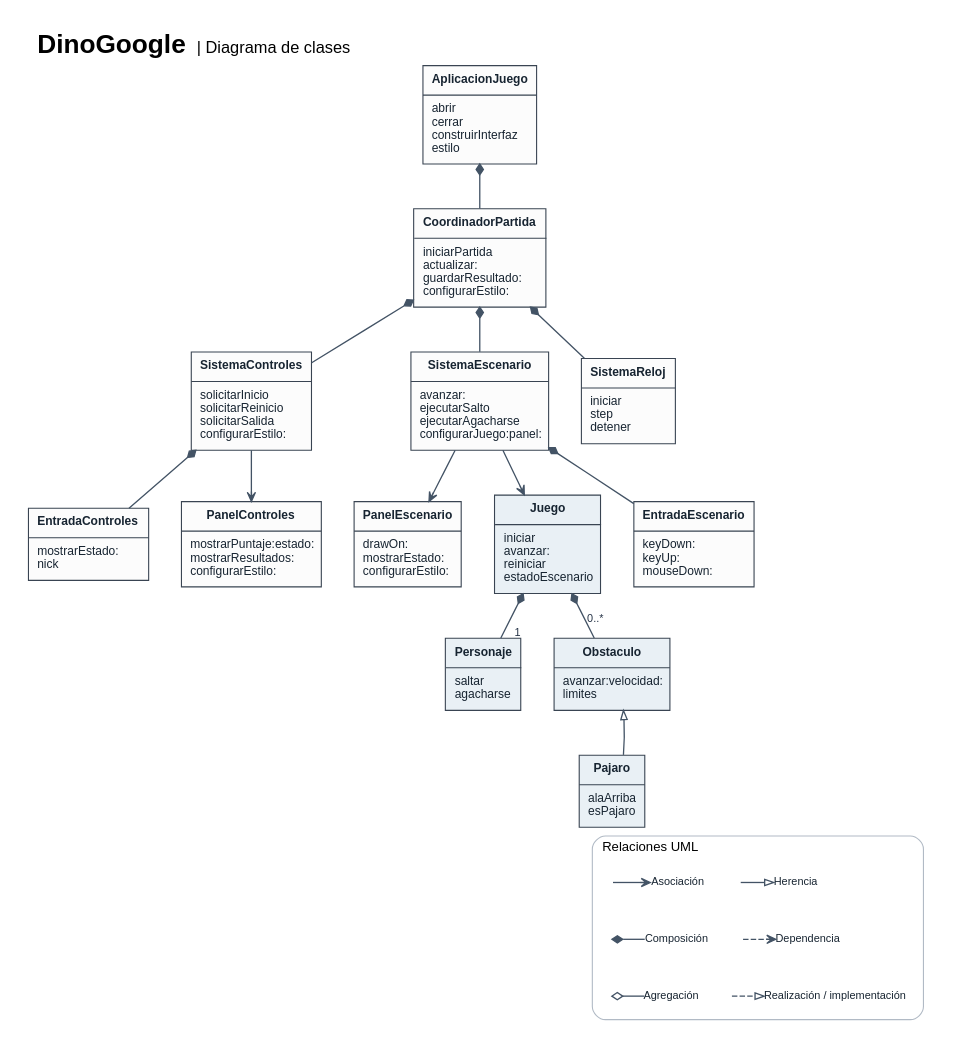
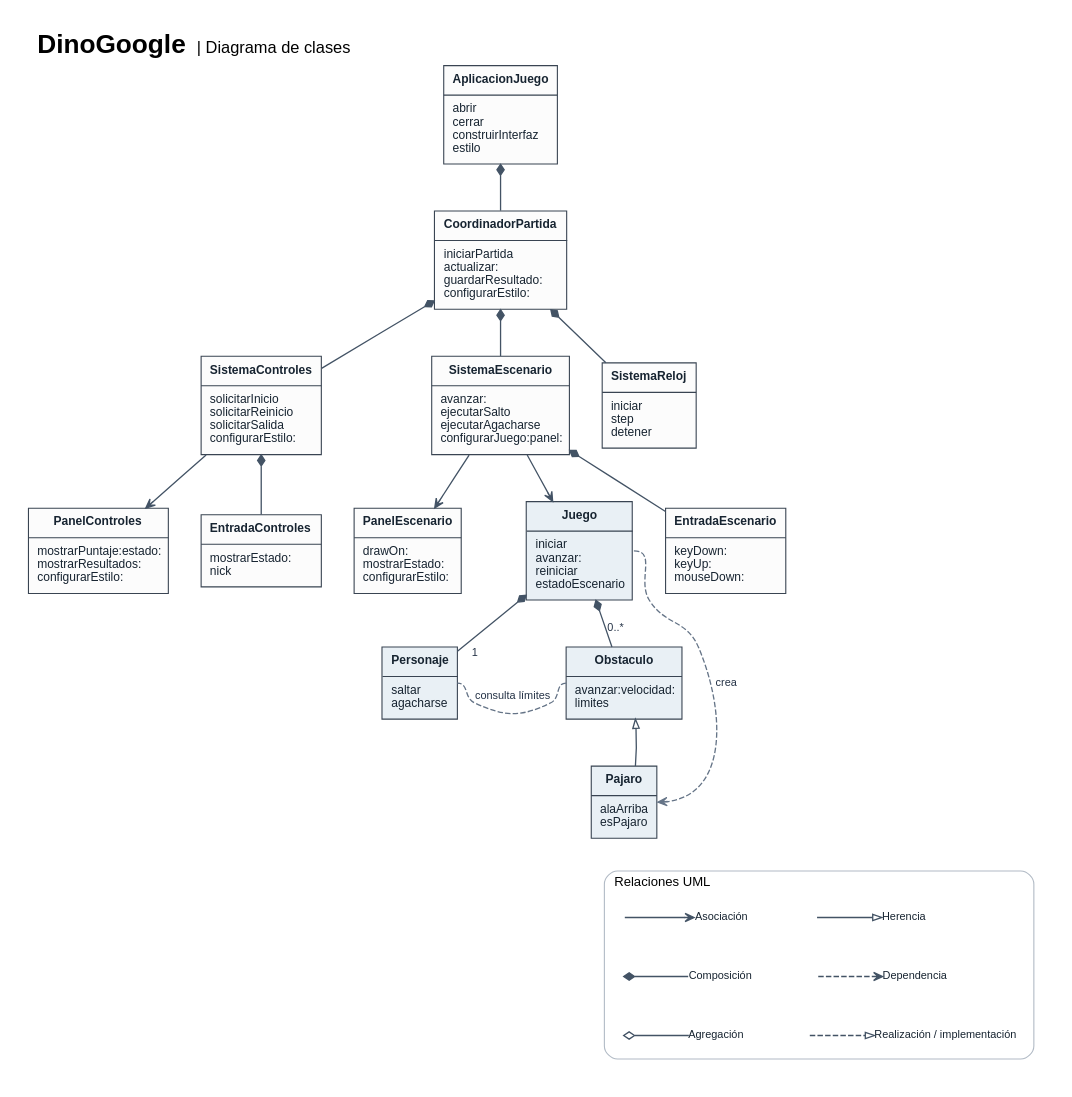
Before and after one commit to CnioritoD/DinoGoogle: the diagram in docs/diagrama-de-clases.dot, drawn with Graphviz. The commit also changed 1 other file, not shown here.

Commit message:
Completar las dependencias del modelo en el diagrama UML

```diff
--- a/docs/diagrama-de-clases.dot
+++ b/docs/diagrama-de-clases.dot
@@ -1,126 +1,127 @@
 digraph DinoGoogle {
   graph [rankdir=TB, bgcolor="#ffffff", pad=0.26, nodesep=0.42, ranksep=0.57,
     fontname="Arial", fontsize=24, labelloc=t, labeljust=l,
     label=<<B>DinoGoogle</B> <FONT POINT-SIZE="15">| Diagrama de clases</FONT>>];
   node [shape=plain, fontname="Arial", fontsize=11,
     color="#394452", fontcolor="#172431", penwidth=1.15, margin="0.16,0.09"];
   edge [fontname="Arial", fontsize=10, color="#435365", fontcolor="#243246",
     penwidth=1.2, arrowsize=0.83];
 
   AplicacionJuego [label=<<TABLE BORDER="1" COLOR="#394452" CELLBORDER="0" CELLSPACING="0" CELLPADDING="7" BGCOLOR="#fcfcfc">
     <TR><TD><B>AplicacionJuego</B></TD></TR>
     <HR/><TR><TD ALIGN="LEFT" BALIGN="LEFT">abrir<BR ALIGN="LEFT"/>cerrar<BR ALIGN="LEFT"/>construirInterfaz<BR ALIGN="LEFT"/>estilo</TD></TR>
   </TABLE>>];
   CoordinadorPartida [label=<<TABLE BORDER="1" COLOR="#394452" CELLBORDER="0" CELLSPACING="0" CELLPADDING="7" BGCOLOR="#fcfcfc">
     <TR><TD><B>CoordinadorPartida</B></TD></TR>
     <HR/><TR><TD ALIGN="LEFT" BALIGN="LEFT">iniciarPartida<BR ALIGN="LEFT"/>actualizar:<BR ALIGN="LEFT"/>guardarResultado:<BR ALIGN="LEFT"/>configurarEstilo:</TD></TR>
   </TABLE>>];
   SistemaControles [label=<<TABLE BORDER="1" COLOR="#394452" CELLBORDER="0" CELLSPACING="0" CELLPADDING="7" BGCOLOR="#fcfcfc">
     <TR><TD><B>SistemaControles</B></TD></TR>
     <HR/><TR><TD ALIGN="LEFT" BALIGN="LEFT">solicitarInicio<BR ALIGN="LEFT"/>solicitarReinicio<BR ALIGN="LEFT"/>solicitarSalida<BR ALIGN="LEFT"/>configurarEstilo:</TD></TR>
   </TABLE>>];
   SistemaEscenario [label=<<TABLE BORDER="1" COLOR="#394452" CELLBORDER="0" CELLSPACING="0" CELLPADDING="7" BGCOLOR="#fcfcfc">
     <TR><TD><B>SistemaEscenario</B></TD></TR>
     <HR/><TR><TD ALIGN="LEFT" BALIGN="LEFT">avanzar:<BR ALIGN="LEFT"/>ejecutarSalto<BR ALIGN="LEFT"/>ejecutarAgacharse<BR ALIGN="LEFT"/>configurarJuego:panel:</TD></TR>
   </TABLE>>];
   SistemaReloj [label=<<TABLE BORDER="1" COLOR="#394452" CELLBORDER="0" CELLSPACING="0" CELLPADDING="7" BGCOLOR="#fcfcfc">
     <TR><TD><B>SistemaReloj</B></TD></TR>
     <HR/><TR><TD ALIGN="LEFT" BALIGN="LEFT">iniciar<BR ALIGN="LEFT"/>step<BR ALIGN="LEFT"/>detener</TD></TR>
   </TABLE>>];
   EntradaControles [label=<<TABLE BORDER="1" COLOR="#394452" CELLBORDER="0" CELLSPACING="0" CELLPADDING="7" BGCOLOR="#fcfcfc">
     <TR><TD><B>EntradaControles</B></TD></TR>
     <HR/><TR><TD ALIGN="LEFT" BALIGN="LEFT">mostrarEstado:<BR ALIGN="LEFT"/>nick</TD></TR>
   </TABLE>>];
   EntradaEscenario [label=<<TABLE BORDER="1" COLOR="#394452" CELLBORDER="0" CELLSPACING="0" CELLPADDING="7" BGCOLOR="#fcfcfc">
     <TR><TD><B>EntradaEscenario</B></TD></TR>
     <HR/><TR><TD ALIGN="LEFT" BALIGN="LEFT">keyDown:<BR ALIGN="LEFT"/>keyUp:<BR ALIGN="LEFT"/>mouseDown:</TD></TR>
   </TABLE>>];
   PanelControles [label=<<TABLE BORDER="1" COLOR="#394452" CELLBORDER="0" CELLSPACING="0" CELLPADDING="7" BGCOLOR="#fcfcfc">
     <TR><TD><B>PanelControles</B></TD></TR>
     <HR/><TR><TD ALIGN="LEFT" BALIGN="LEFT">mostrarPuntaje:estado:<BR ALIGN="LEFT"/>mostrarResultados:<BR ALIGN="LEFT"/>configurarEstilo:</TD></TR>
   </TABLE>>];
   PanelEscenario [label=<<TABLE BORDER="1" COLOR="#394452" CELLBORDER="0" CELLSPACING="0" CELLPADDING="7" BGCOLOR="#fcfcfc">
     <TR><TD><B>PanelEscenario</B></TD></TR>
     <HR/><TR><TD ALIGN="LEFT" BALIGN="LEFT">drawOn:<BR ALIGN="LEFT"/>mostrarEstado:<BR ALIGN="LEFT"/>configurarEstilo:</TD></TR>
   </TABLE>>];
   Juego [label=<<TABLE BORDER="1" COLOR="#394452" CELLBORDER="0" CELLSPACING="0" CELLPADDING="7" BGCOLOR="#e9f0f5">
     <TR><TD><B>Juego</B></TD></TR>
     <HR/><TR><TD ALIGN="LEFT" BALIGN="LEFT">iniciar<BR ALIGN="LEFT"/>avanzar:<BR ALIGN="LEFT"/>reiniciar<BR ALIGN="LEFT"/>estadoEscenario</TD></TR>
   </TABLE>>];
   Personaje [label=<<TABLE BORDER="1" COLOR="#394452" CELLBORDER="0" CELLSPACING="0" CELLPADDING="7" BGCOLOR="#e9f0f5">
     <TR><TD><B>Personaje</B></TD></TR>
     <HR/><TR><TD ALIGN="LEFT" BALIGN="LEFT">saltar<BR ALIGN="LEFT"/>agacharse</TD></TR>
   </TABLE>>];
   Obstaculo [label=<<TABLE BORDER="1" COLOR="#394452" CELLBORDER="0" CELLSPACING="0" CELLPADDING="7" BGCOLOR="#e9f0f5">
     <TR><TD><B>Obstaculo</B></TD></TR>
     <HR/><TR><TD ALIGN="LEFT" BALIGN="LEFT">avanzar:velocidad:<BR ALIGN="LEFT"/>limites</TD></TR>
   </TABLE>>];
   Pajaro [label=<<TABLE BORDER="1" COLOR="#394452" CELLBORDER="0" CELLSPACING="0" CELLPADDING="7" BGCOLOR="#e9f0f5">
     <TR><TD><B>Pajaro</B></TD></TR>
     <HR/><TR><TD ALIGN="LEFT" BALIGN="LEFT">alaArriba<BR ALIGN="LEFT"/>esPajaro</TD></TR>
   </TABLE>>];
 
   // El rombo relleno va del lado del objeto que contiene al componente.
   edge [dir=back, arrowtail=diamond, arrowhead=none];
   AplicacionJuego -> CoordinadorPartida;
   CoordinadorPartida -> SistemaControles;
   CoordinadorPartida -> SistemaEscenario;
   CoordinadorPartida -> SistemaReloj;
   SistemaControles -> EntradaControles;
   SistemaEscenario -> EntradaEscenario;
   Juego -> Personaje [headlabel="1", labeldistance=1.6, labelangle=-46];
   Juego -> Obstaculo [headlabel="0..*", labeldistance=1.7, labelangle=-30];
 
   // La asociación muestra una referencia conservada por la clase.
   edge [dir=forward, arrowtail=none, arrowhead=vee];
   SistemaControles -> PanelControles;
   SistemaEscenario -> PanelEscenario;
   SistemaEscenario -> Juego;
 
   // La dependencia indica uso sin una referencia de instancia propia.
   edge [style=dashed, arrowhead=vee, color="#657487"];
-
+  Juego:e -> Pajaro:e [constraint=false, label="crea"];
+  Obstaculo:w -> Personaje:e [constraint=false, label="consulta límites"];
 
   // El triángulo hueco señala la superclase.
   edge [style=solid, color="#435365", arrowhead=onormal, constraint=false];
   Pajaro -> Obstaculo;
 
   {rank=same; SistemaControles; SistemaEscenario; SistemaReloj}
   {rank=same; EntradaControles; EntradaEscenario}
   {rank=same; PanelControles; PanelEscenario; Juego}
   {rank=same; Personaje; Obstaculo}
   edge [style=invis, constraint=true, weight=10];
   PanelControles -> PanelEscenario -> Juego;
   Personaje -> Obstaculo;
   Obstaculo -> Pajaro;
 
   subgraph cluster_leyenda {
     graph [label="Relaciones UML", fontname="Arial", fontsize=12, style=rounded, color="#b1bac5", margin=16];
     node [shape=plain, style="", fontname="Arial", fontsize=10];
     asociacion [label="Asociación"];
     herencia [label="Herencia"];
     composicion [label="Composición"];
     dependencia [label="Dependencia"];
     agregacion [label="Agregación"];
     realizacion [label="Realización / implementación"];
     node [shape=point, width=0.015, height=0.015, fixedsize=true, label="", style=invis];
     edge [style=solid, constraint=true, weight=1, arrowtail=none, arrowhead=vee];
     {rank=same; a; asociacion; h; herencia}
     {rank=same; c; composicion; d; dependencia}
     {rank=same; g; agregacion; r; realizacion}
     a -> asociacion;
     h -> herencia [arrowhead=onormal];
     c -> composicion [dir=back, arrowtail=diamond, arrowhead=none];
     d -> dependencia [style=dashed];
     g -> agregacion [dir=back, arrowtail=odiamond, arrowhead=none];
     r -> realizacion [style=dashed, arrowhead=onormal];
     asociacion -> h [style=invis];
     composicion -> d [style=invis];
     agregacion -> r [style=invis];
     a -> c -> g [style=invis, minlen=1];
     h -> d -> r [style=invis, minlen=1];
   }
   // Mantiene la leyenda debajo del diagrama.
   Pajaro -> a [style=invis];
 
 }
```
